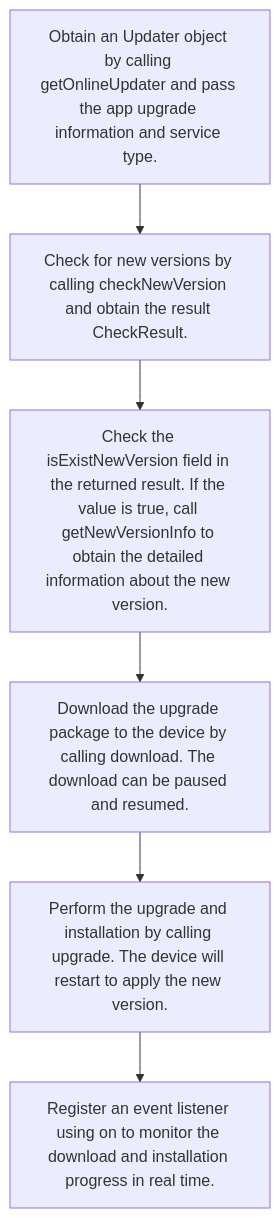
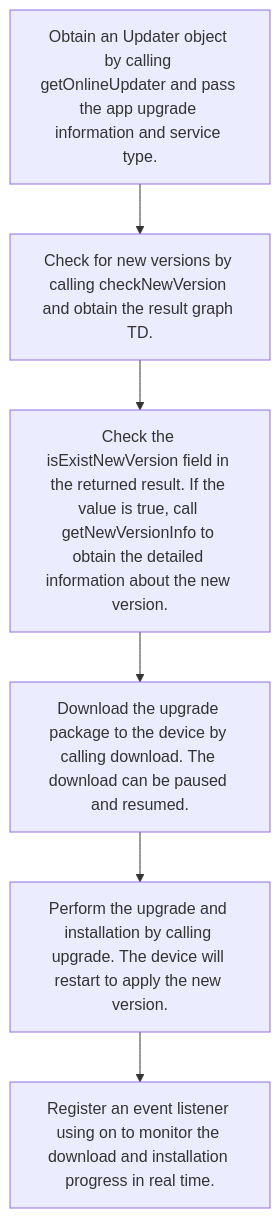
One commit to openharmony-rs/openharmony-docs changed the fourth of 9 diagrams in en/application-dev/reference/apis-basic-services-kit/js-apis-update-sys.md. Above: the diagram before and after it, drawn with Mermaid. The commit also changed other lines of this file and 9 other files, not shown here.

````diff
--- a/en/application-dev/reference/apis-basic-services-kit/js-apis-update-sys.md
+++ b/en/application-dev/reference/apis-basic-services-kit/js-apis-update-sys.md
@@ -249,8 +248,8 @@
 ```mermaid
 graph TD
-    A[Obtain an Updater object by calling getOnlineUpdater and pass the app upgrade information and service type.] --> B[Check for new versions by calling checkNewVersion and obtain the result CheckResult.]
+    A[Obtain an Updater object by calling getOnlineUpdater and pass the app upgrade information and service type.] --> B[Check for new versions by calling checkNewVersion and obtain the result graph TD.]
     B --> C[Check the isExistNewVersion field in the returned result. If the value is true, call getNewVersionInfo to obtain the detailed information about the new version.]
     C --> D[Download the upgrade package to the device by calling download. The download can be paused and resumed.]
     D --> E[Perform the upgrade and installation by calling upgrade. The device will restart to apply the new version.]
     E --> F[Register an event listener using on to monitor the download and installation progress in real time.]
 ```
````
